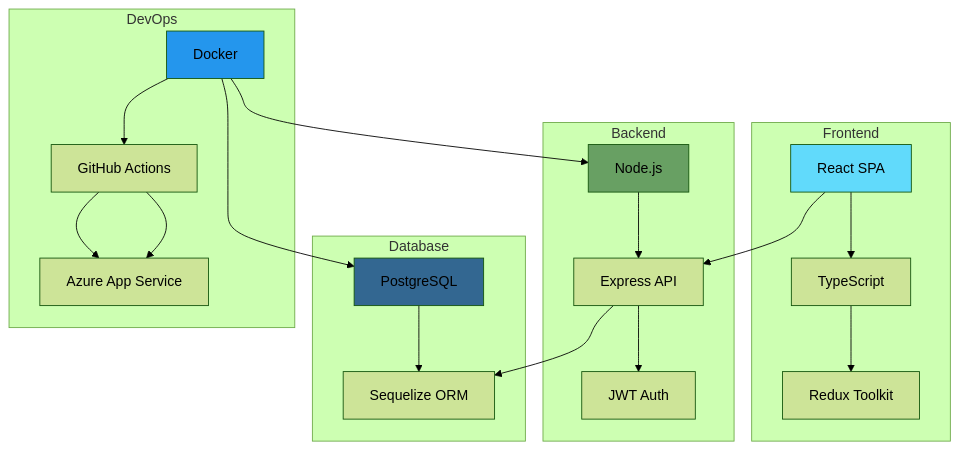
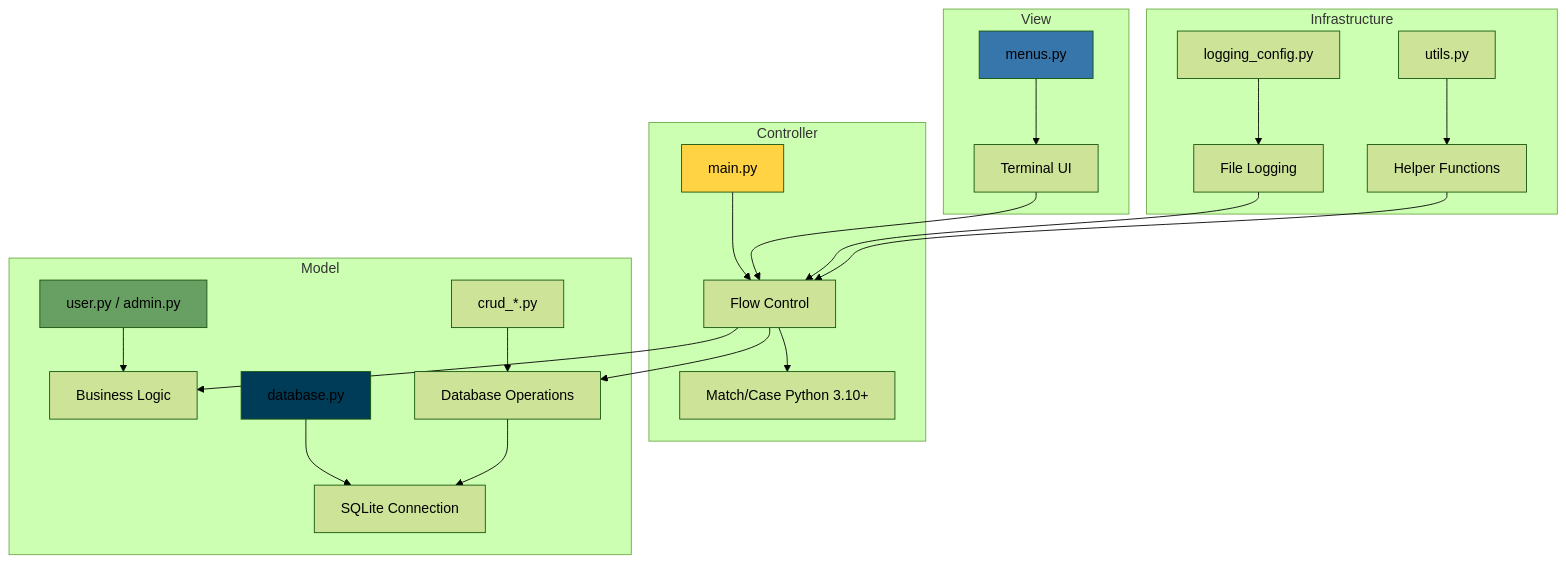
Before and after one commit to DevPool1/TP-ADC-SITE: the first of 4 diagrams in blog/2025-12-12-tech-stack.md, drawn with Mermaid (forest theme). The commit also changed other lines of this file, not shown here.

Commit message:
docs(blog): Replace React architecture diagram with Python MVC. Refs #54

````diff
--- a/blog/2025-12-12-tech-stack.md
+++ b/blog/2025-12-12-tech-stack.md
@@ -17,32 +17,34 @@
 ```mermaid
 graph TB
-    subgraph Frontend
-        A[React SPA] --> B[TypeScript]
-        B --> C[Redux Toolkit]
+    subgraph View
+        A[menus.py] --> B[Terminal UI]
     end
     
-    subgraph Backend
-        D[Node.js] --> E[Express API]
-        E --> F[JWT Auth]
+    subgraph Controller
+        C[main.py] --> D[Flow Control]
+        D --> E[Match/Case Python 3.10+]
     end
     
-    subgraph Database
-        G[PostgreSQL] --> H[Sequelize ORM]
+    subgraph Model
+        F[user.py / admin.py] --> G[Business Logic]
+        H[crud_*.py] --> I[Database Operations]
+        J[database.py] --> K[SQLite Connection]
     end
     
-    subgraph DevOps
-        I[Docker] --> J[GitHub Actions]
-        J --> K[Azure App Service]
+    subgraph Infrastructure
+        L[logging_config.py] --> M[File Logging]
+        N[utils.py] --> O[Helper Functions]
     end
     
-    A --> E
-    E --> H
-    I --> D
-    I --> G
-    J --> K
+    B --> D
+    D --> G
+    D --> I
+    I --> K
+    M --> D
+    O --> D
     
-    style A fill:#61dafb
-    style D fill:#68a063
-    style G fill:#336791
-    style I fill:#2496ed
+    style A fill:#3776ab
+    style C fill:#ffd343
+    style F fill:#68a063
+    style J fill:#003b57
 ```
````
